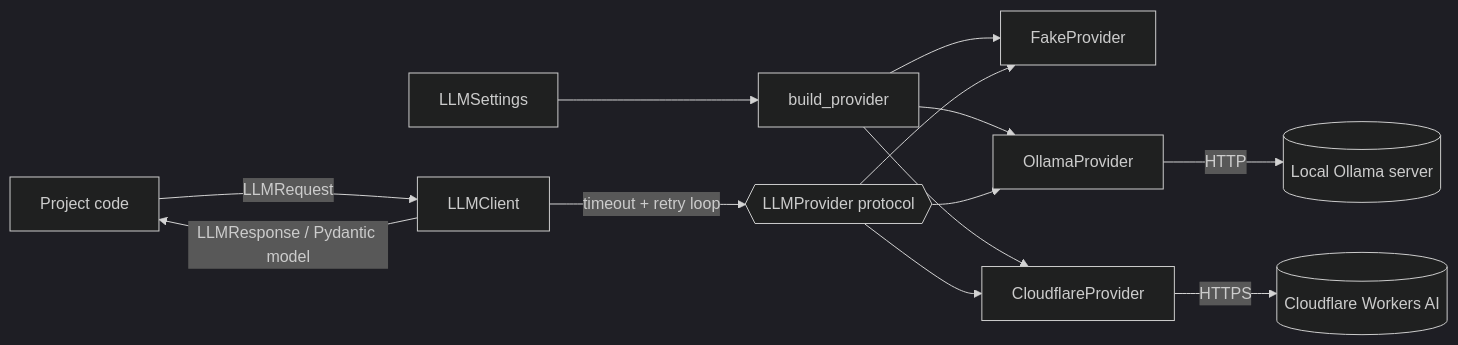
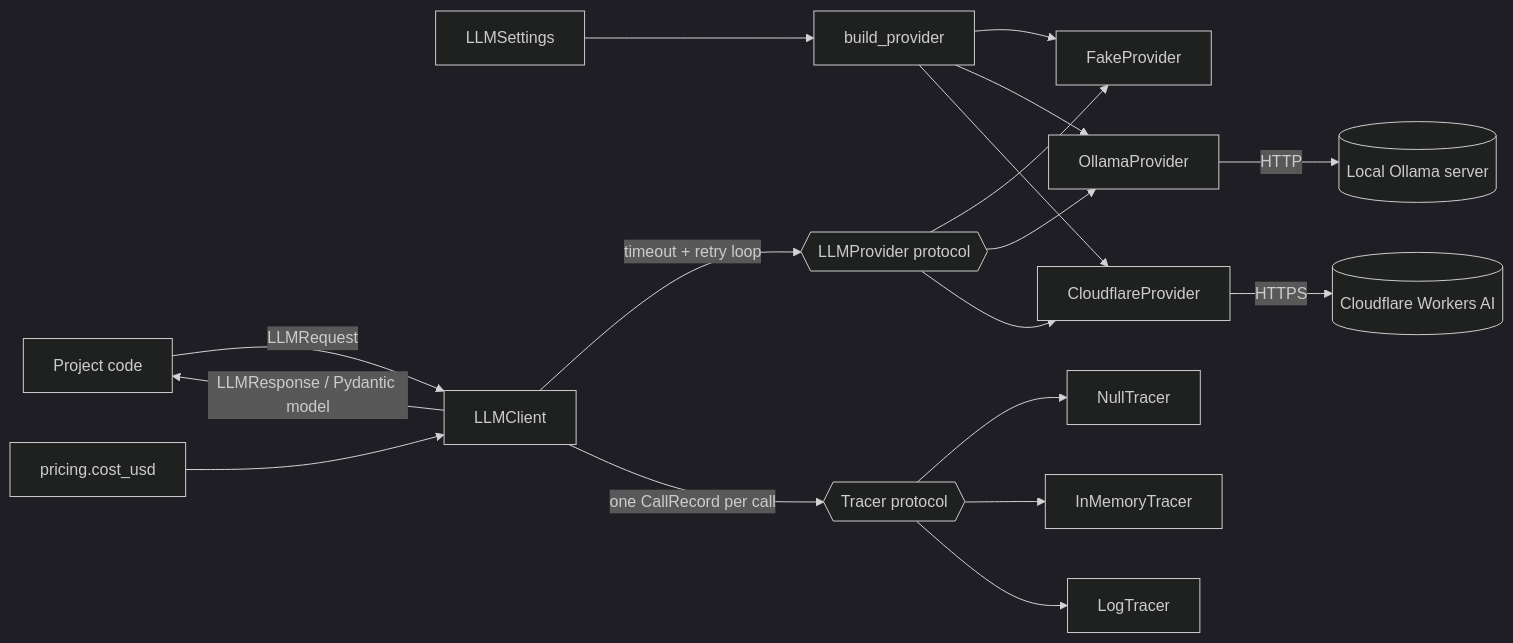
The diagram in packages/aicore/README.md (jayvyas133/genai-portfolio), drawn with Mermaid (dark theme) before and after one commit. The commit also changed other lines of this file and 14 other files, not shown here.

Commit message:
feat(aicore): trace every LLM call with latency and cost

````diff
--- a/packages/aicore/README.md
+++ b/packages/aicore/README.md
@@ -31,15 +32,20 @@
 ```mermaid
 flowchart LR
     S[LLMSettings] --> B[build_provider]
     B --> F[FakeProvider]
     B --> O[OllamaProvider]
     P[Project code] -->|LLMRequest| C[LLMClient]
     C -->|timeout + retry loop| I{{LLMProvider protocol}}
     I --> F
     I --> O
     B --> CF[CloudflareProvider]
     I --> CF
     CF -->|HTTPS| WA[(Cloudflare Workers AI)]
     O -->|HTTP| L[(Local Ollama server)]
     C -->|LLMResponse / Pydantic model| P
+    C -->|one CallRecord per call| T{{Tracer protocol}}
+    PR[pricing.cost_usd] --> C
+    T --> NT[NullTracer]
+    T --> MT[InMemoryTracer]
+    T --> LT[LogTracer]
 ```
````
